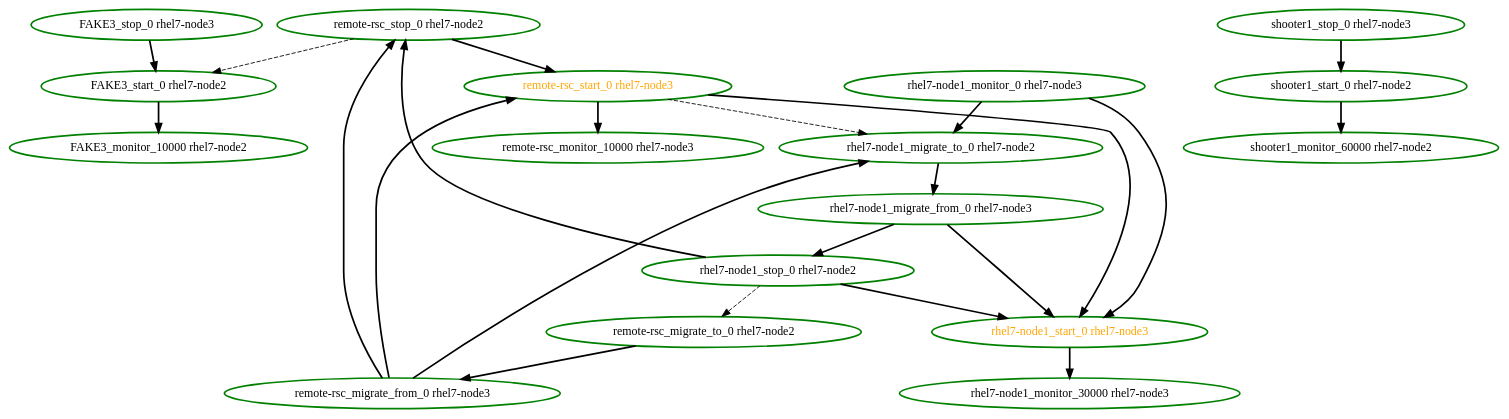
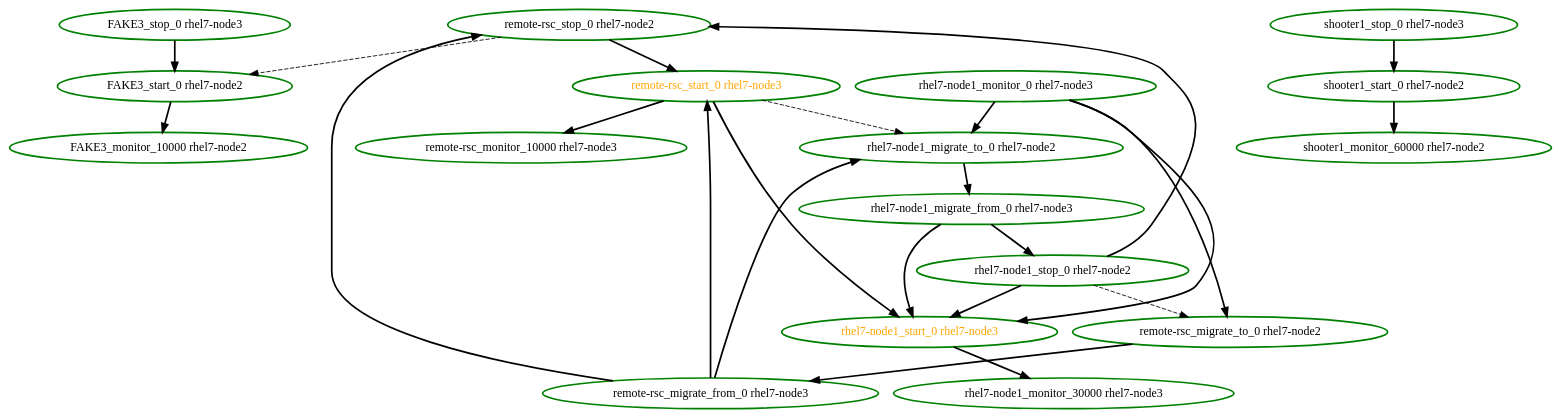
One commit to ClusterLabs/pacemaker changed the diagram in pengine/test10/whitebox-migrate1.dot. Above: the diagram before and after it, drawn with Graphviz. The commit also changed 82 other files, not shown here.

```diff
--- a/pengine/test10/whitebox-migrate1.dot
+++ b/pengine/test10/whitebox-migrate1.dot
@@ -1,41 +1,42 @@
  digraph "g" {
 "FAKE3_monitor_10000 rhel7-node2" [ style=bold color="green" fontcolor="black"]
 "FAKE3_start_0 rhel7-node2" -> "FAKE3_monitor_10000 rhel7-node2" [ style = bold]
 "FAKE3_start_0 rhel7-node2" [ style=bold color="green" fontcolor="black"]
 "FAKE3_stop_0 rhel7-node3" -> "FAKE3_start_0 rhel7-node2" [ style = bold]
 "FAKE3_stop_0 rhel7-node3" [ style=bold color="green" fontcolor="black"]
 "remote-rsc_migrate_from_0 rhel7-node3" -> "remote-rsc_start_0 rhel7-node3" [ style = bold]
 "remote-rsc_migrate_from_0 rhel7-node3" -> "remote-rsc_stop_0 rhel7-node2" [ style = bold]
 "remote-rsc_migrate_from_0 rhel7-node3" -> "rhel7-node1_migrate_to_0 rhel7-node2" [ style = bold]
 "remote-rsc_migrate_from_0 rhel7-node3" [ style=bold color="green" fontcolor="black"]
 "remote-rsc_migrate_to_0 rhel7-node2" -> "remote-rsc_migrate_from_0 rhel7-node3" [ style = bold]
 "remote-rsc_migrate_to_0 rhel7-node2" [ style=bold color="green" fontcolor="black"]
 "remote-rsc_monitor_10000 rhel7-node3" [ style=bold color="green" fontcolor="black"]
 "remote-rsc_start_0 rhel7-node3" -> "remote-rsc_monitor_10000 rhel7-node3" [ style = bold]
 "remote-rsc_start_0 rhel7-node3" -> "rhel7-node1_migrate_to_0 rhel7-node2" [ style = dashed]
 "remote-rsc_start_0 rhel7-node3" -> "rhel7-node1_start_0 rhel7-node3" [ style = bold]
 "remote-rsc_start_0 rhel7-node3" [ style=bold color="green" fontcolor="orange"]
 "remote-rsc_stop_0 rhel7-node2" -> "FAKE3_start_0 rhel7-node2" [ style = dashed]
 "remote-rsc_stop_0 rhel7-node2" -> "remote-rsc_start_0 rhel7-node3" [ style = bold]
 "remote-rsc_stop_0 rhel7-node2" [ style=bold color="green" fontcolor="black"]
 "rhel7-node1_migrate_from_0 rhel7-node3" -> "rhel7-node1_start_0 rhel7-node3" [ style = bold]
 "rhel7-node1_migrate_from_0 rhel7-node3" -> "rhel7-node1_stop_0 rhel7-node2" [ style = bold]
 "rhel7-node1_migrate_from_0 rhel7-node3" [ style=bold color="green" fontcolor="black"]
 "rhel7-node1_migrate_to_0 rhel7-node2" -> "rhel7-node1_migrate_from_0 rhel7-node3" [ style = bold]
 "rhel7-node1_migrate_to_0 rhel7-node2" [ style=bold color="green" fontcolor="black"]
+"rhel7-node1_monitor_0 rhel7-node3" -> "remote-rsc_migrate_to_0 rhel7-node2" [ style = bold]
 "rhel7-node1_monitor_0 rhel7-node3" -> "rhel7-node1_migrate_to_0 rhel7-node2" [ style = bold]
 "rhel7-node1_monitor_0 rhel7-node3" -> "rhel7-node1_start_0 rhel7-node3" [ style = bold]
 "rhel7-node1_monitor_0 rhel7-node3" [ style=bold color="green" fontcolor="black"]
 "rhel7-node1_monitor_30000 rhel7-node3" [ style=bold color="green" fontcolor="black"]
 "rhel7-node1_start_0 rhel7-node3" -> "rhel7-node1_monitor_30000 rhel7-node3" [ style = bold]
 "rhel7-node1_start_0 rhel7-node3" [ style=bold color="green" fontcolor="orange"]
 "rhel7-node1_stop_0 rhel7-node2" -> "remote-rsc_migrate_to_0 rhel7-node2" [ style = dashed]
 "rhel7-node1_stop_0 rhel7-node2" -> "remote-rsc_stop_0 rhel7-node2" [ style = bold]
 "rhel7-node1_stop_0 rhel7-node2" -> "rhel7-node1_start_0 rhel7-node3" [ style = bold]
 "rhel7-node1_stop_0 rhel7-node2" [ style=bold color="green" fontcolor="black"]
 "shooter1_monitor_60000 rhel7-node2" [ style=bold color="green" fontcolor="black"]
 "shooter1_start_0 rhel7-node2" -> "shooter1_monitor_60000 rhel7-node2" [ style = bold]
 "shooter1_start_0 rhel7-node2" [ style=bold color="green" fontcolor="black"]
 "shooter1_stop_0 rhel7-node3" -> "shooter1_start_0 rhel7-node2" [ style = bold]
 "shooter1_stop_0 rhel7-node3" [ style=bold color="green" fontcolor="black"]
 }
```
